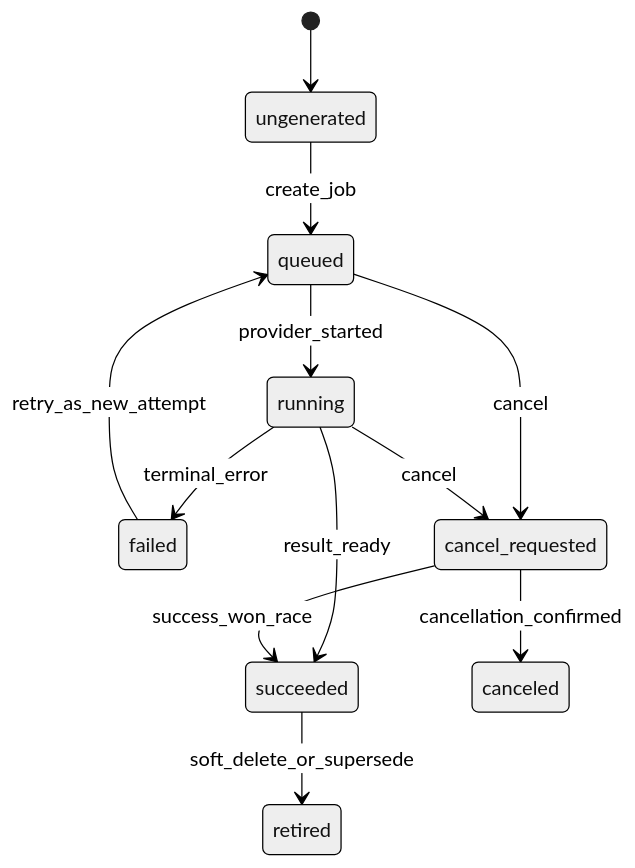
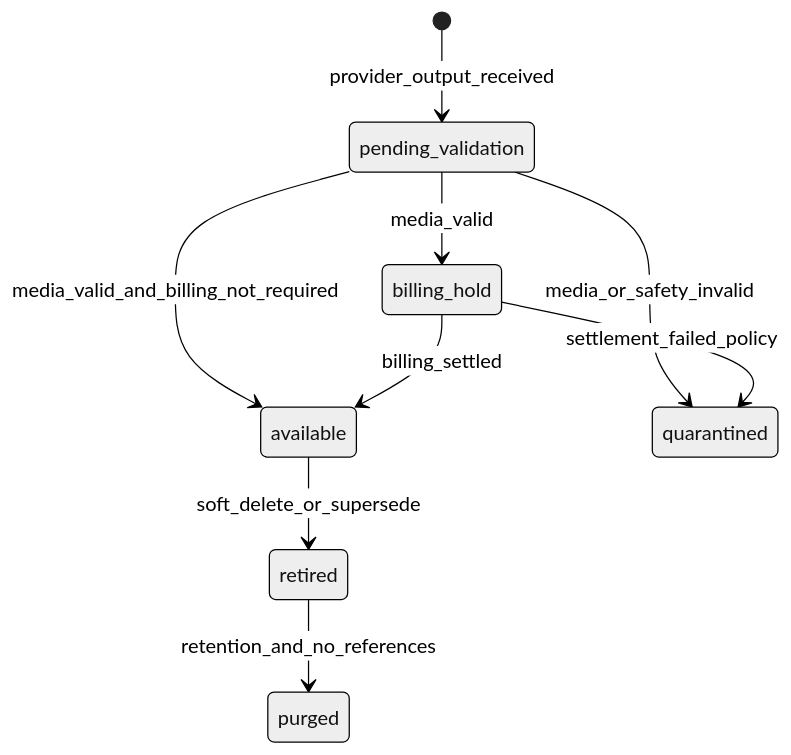
The fifth of 7 diagrams in docs/codex/07-权限状态机与验收标准.md (linshibo1994/MTV-backend), drawn with Mermaid (neutral theme) before and after one commit. The commit also changed other lines of this file and 11 other files, not shown here.

````diff
--- a/docs/codex/07-权限状态机与验收标准.md
+++ b/docs/codex/07-权限状态机与验收标准.md
@@ -456,14 +518,11 @@
 ```mermaid
 stateDiagram-v2
-    [*] --> ungenerated
-    ungenerated --> queued: create_job
-    queued --> running: provider_started
-    running --> succeeded: result_ready
-    running --> failed: terminal_error
-    queued --> cancel_requested: cancel
-    running --> cancel_requested: cancel
-    cancel_requested --> canceled: cancellation_confirmed
-    cancel_requested --> succeeded: success_won_race
-    failed --> queued: retry_as_new_attempt
-    succeeded --> retired: soft_delete_or_supersede
+    [*] --> pending_validation: provider_output_received
+    pending_validation --> billing_hold: media_valid
+    pending_validation --> available: media_valid_and_billing_not_required
+    pending_validation --> quarantined: media_or_safety_invalid
+    billing_hold --> available: billing_settled
+    billing_hold --> quarantined: settlement_failed_policy
+    available --> retired: soft_delete_or_supersede
+    retired --> purged: retention_and_no_references
 ```
````
